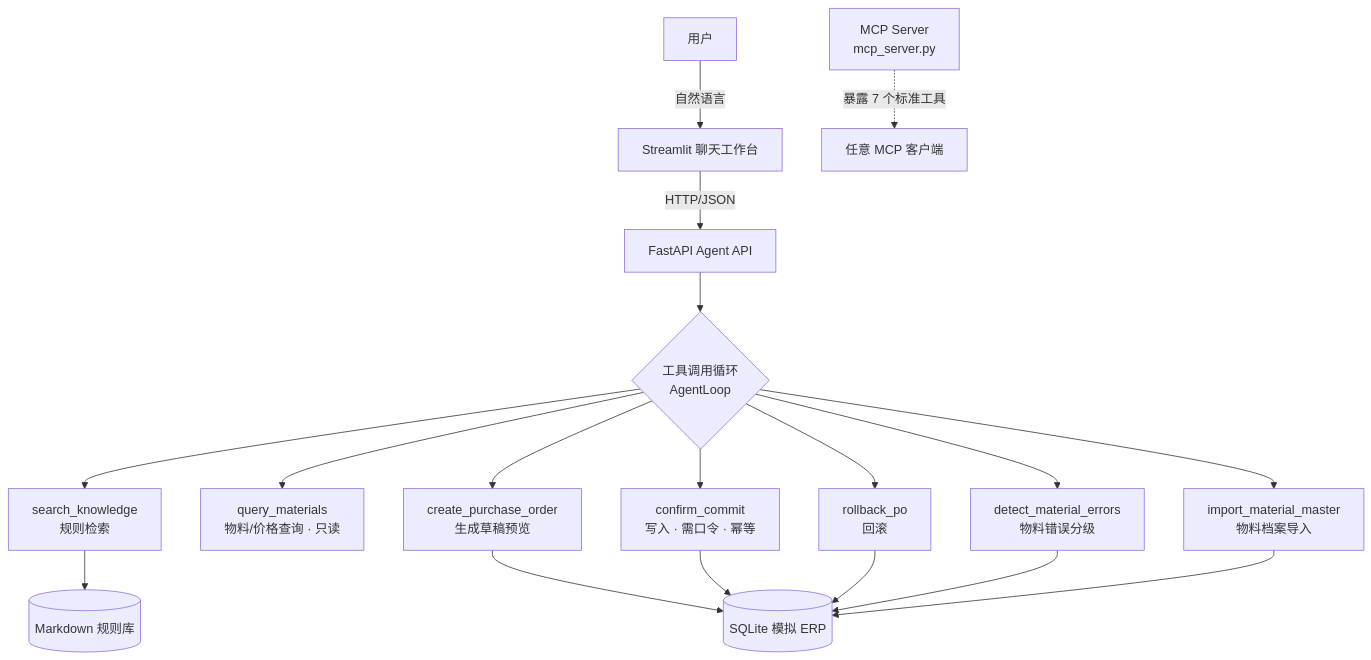
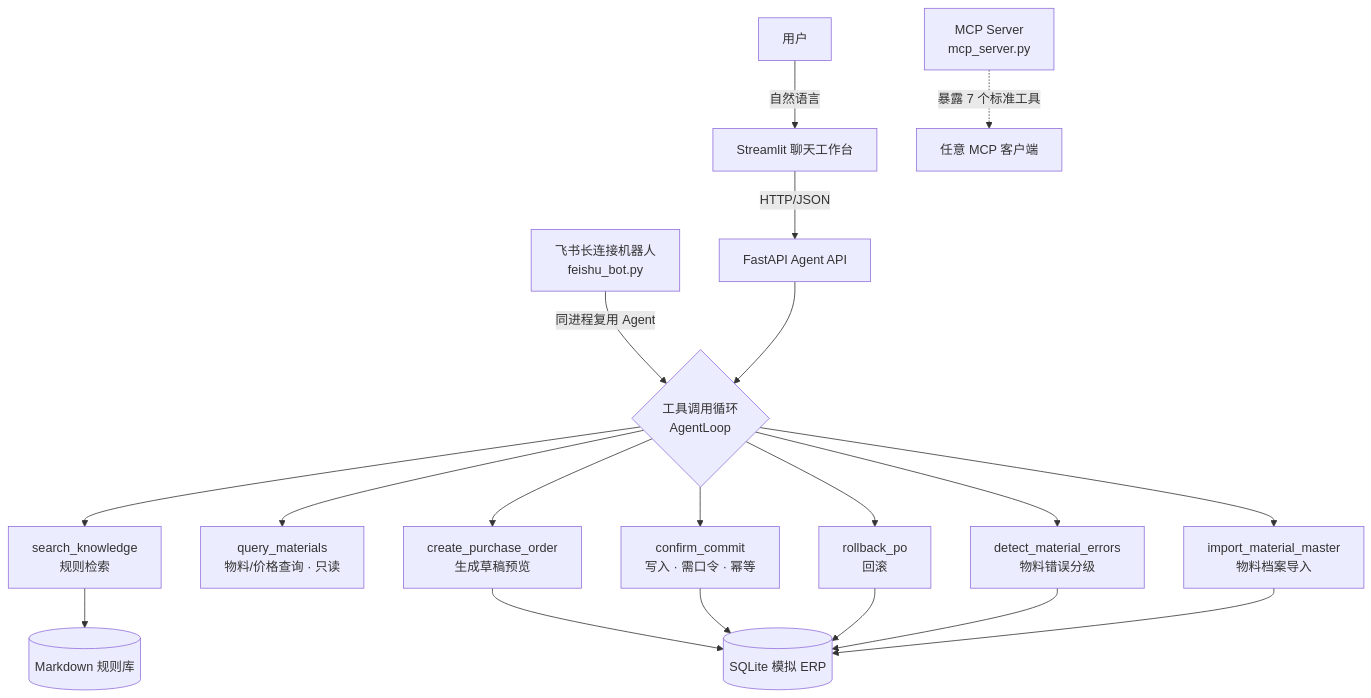
One commit to qiandewucimi-cpu/erp-procurement-agent changed the diagram in README.md. Above: the diagram before and after it, drawn with Mermaid. The commit also changed other lines of this file and 6 other files, not shown here.

````diff
--- a/README.md
+++ b/README.md
@@ -26,20 +26,21 @@
 ```mermaid
 flowchart TB
     U[用户] -->|自然语言| UI[Streamlit 聊天工作台]
     UI -->|HTTP/JSON| API[FastAPI Agent API]
+    FS[飞书长连接机器人<br/>feishu_bot.py] -->|同进程复用 Agent| LOOP
     API --> LOOP{工具调用循环<br/>AgentLoop}
     LOOP --> SK[search_knowledge<br/>规则检索]
     LOOP --> QM[query_materials<br/>物料/价格查询 · 只读]
     LOOP --> CP[create_purchase_order<br/>生成草稿预览]
     LOOP --> CC[confirm_commit<br/>写入 · 需口令 · 幂等]
     LOOP --> RB[rollback_po<br/>回滚]
     LOOP --> DM[detect_material_errors<br/>物料错误分级]
     LOOP --> IM[import_material_master<br/>物料档案导入]
     CP --> DB[(SQLite 模拟 ERP)]
     CC --> DB
     RB --> DB
     DM --> DB
     IM --> DB
     SK --> KB[(Markdown 规则库)]
     MCP[MCP Server<br/>mcp_server.py] -.->|暴露 7 个标准工具| EXT[任意 MCP 客户端]
 ```
````
